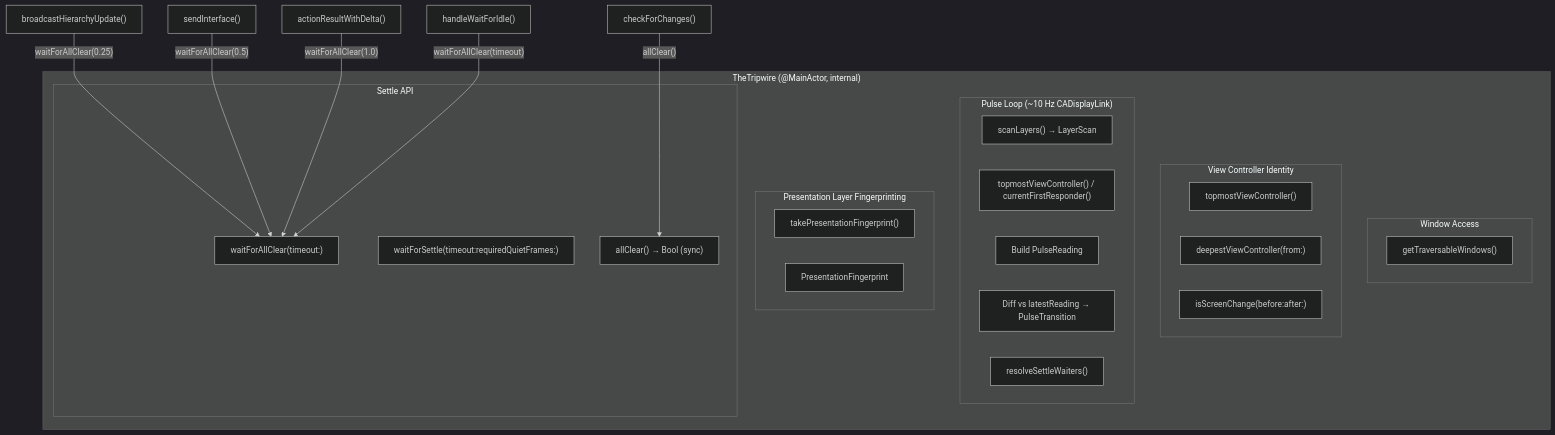
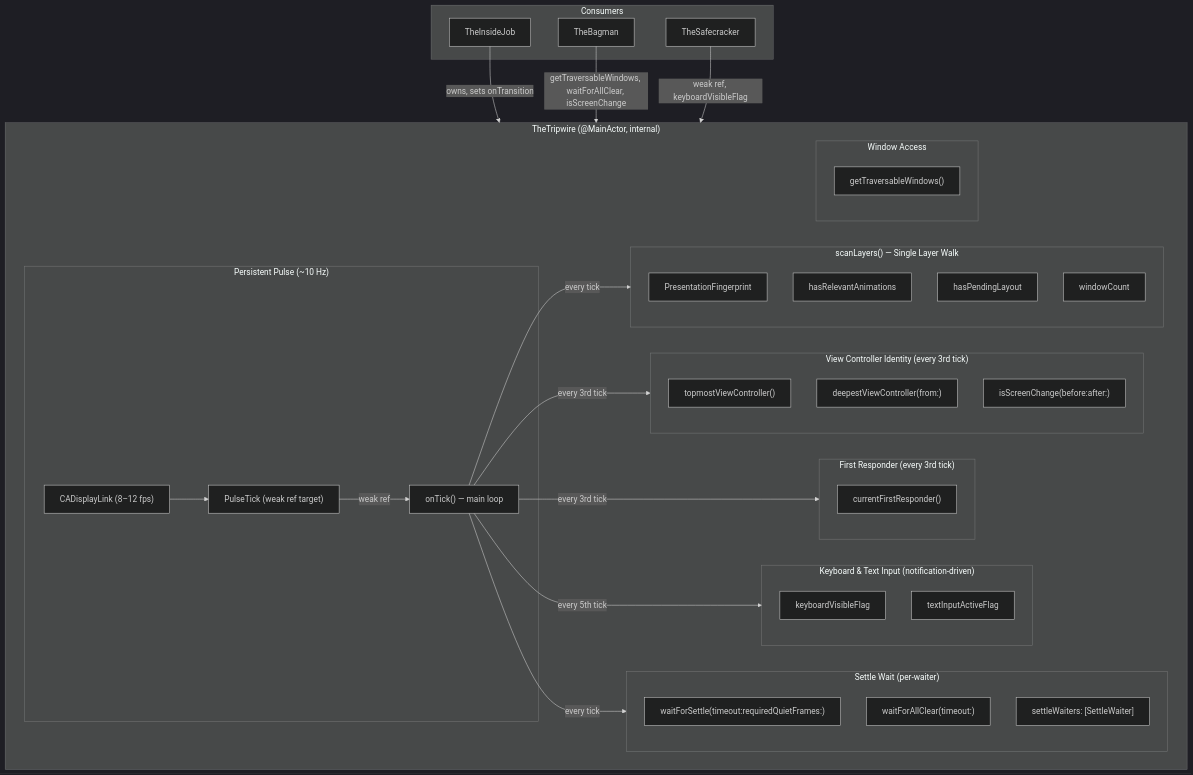
Before and after one commit to RoyalPineapple/TheButtonHeist: the first of 6 diagrams in docs/dossiers/14-THETRIPWIRE.md, drawn with Mermaid (dark theme). The commit also changed other lines of this file and 11 other files, not shown here.

````diff
--- a/docs/dossiers/14-THETRIPWIRE.md
+++ b/docs/dossiers/14-THETRIPWIRE.md
@@ -33,39 +39,60 @@
 ```mermaid
 graph TD
     subgraph TheTripwire["TheTripwire (@MainActor, internal)"]
-        subgraph Windows["Window Access"]
-            GetWindows["getTraversableWindows()"]
+        subgraph Pulse["Persistent Pulse (~10 Hz)"]
+            PulseTick["PulseTick (weak ref target)"]
+            DisplayLink["CADisplayLink (8–12 fps)"]
+            OnTick["onTick() — main loop"]
         end
 
-        subgraph VCIdentity["View Controller Identity"]
+        subgraph Scan["scanLayers() — Single Layer Walk"]
+            FP["PresentationFingerprint"]
+            Anim["hasRelevantAnimations"]
+            Layout["hasPendingLayout"]
+            WinCount["windowCount"]
+        end
+
+        subgraph VCIdentity["View Controller Identity (every 3rd tick)"]
             TopVC["topmostViewController()"]
             DeepVC["deepestViewController(from:)"]
             ScreenChange["isScreenChange(before:after:)"]
         end
 
-        subgraph Pulse["Pulse Loop (~10 Hz CADisplayLink)"]
-            ScanLayers["scanLayers() → LayerScan"]
-            SampleVC["topmostViewController() / currentFirstResponder()"]
-            BuildReading["Build PulseReading"]
-            DiffPrev["Diff vs latestReading → PulseTransition"]
-            ResolveWaiters["resolveSettleWaiters()"]
+        subgraph Focus["First Responder (every 3rd tick)"]
+            FirstResp["currentFirstResponder()"]
         end
 
-        subgraph Fingerprint["Presentation Layer Fingerprinting"]
-            TakeFP["takePresentationFingerprint()"]
-            FPStruct["PresentationFingerprint"]
+        subgraph Keyboard["Keyboard & Text Input (notification-driven)"]
+            KBFlag["keyboardVisibleFlag"]
+            TextFlag["textInputActiveFlag"]
         end
 
-        subgraph Settling["Settle API"]
+        subgraph Settle["Settle Wait (per-waiter)"]
+            WaitSettle["waitForSettle(timeout:requiredQuietFrames:)"]
             WaitAllClear["waitForAllClear(timeout:)"]
-            WaitSettle["waitForSettle(timeout:requiredQuietFrames:)"]
-            AllClear["allClear() → Bool (sync)"]
+            Waiters["settleWaiters: [SettleWaiter]"]
+        end
+
+        subgraph Windows["Window Access"]
+            GetWindows["getTraversableWindows()"]
         end
     end
 
-    Polling["checkForChanges()"] -->|"allClear()"| AllClear
-    Debounce["broadcastHierarchyUpdate()"] -->|"waitForAllClear(0.25)"| WaitAllClear
-    SendIF["sendInterface()"] -->|"waitForAllClear(0.5)"| WaitAllClear
-    ActionResult["actionResultWithDelta()"] -->|"waitForAllClear(1.0)"| WaitAllClear
-    WaitIdle["handleWaitForIdle()"] -->|"waitForAllClear(timeout)"| WaitAllClear
+    DisplayLink --> PulseTick
+    PulseTick -->|"weak ref"| OnTick
+    OnTick -->|"every tick"| Scan
+    OnTick -->|"every 3rd tick"| VCIdentity
+    OnTick -->|"every 3rd tick"| Focus
+    OnTick -->|"every 5th tick"| Keyboard
+    OnTick -->|"every tick"| Settle
+
+    subgraph Consumers["Consumers"]
+        IJ["TheInsideJob"]
+        BM["TheBagman"]
+        SC["TheSafecracker"]
+    end
+
+    IJ -->|"owns, sets onTransition"| TheTripwire
+    BM -->|"getTraversableWindows, waitForAllClear, isScreenChange"| TheTripwire
+    SC -->|"weak ref, keyboardVisibleFlag"| TheTripwire
 ```
````
